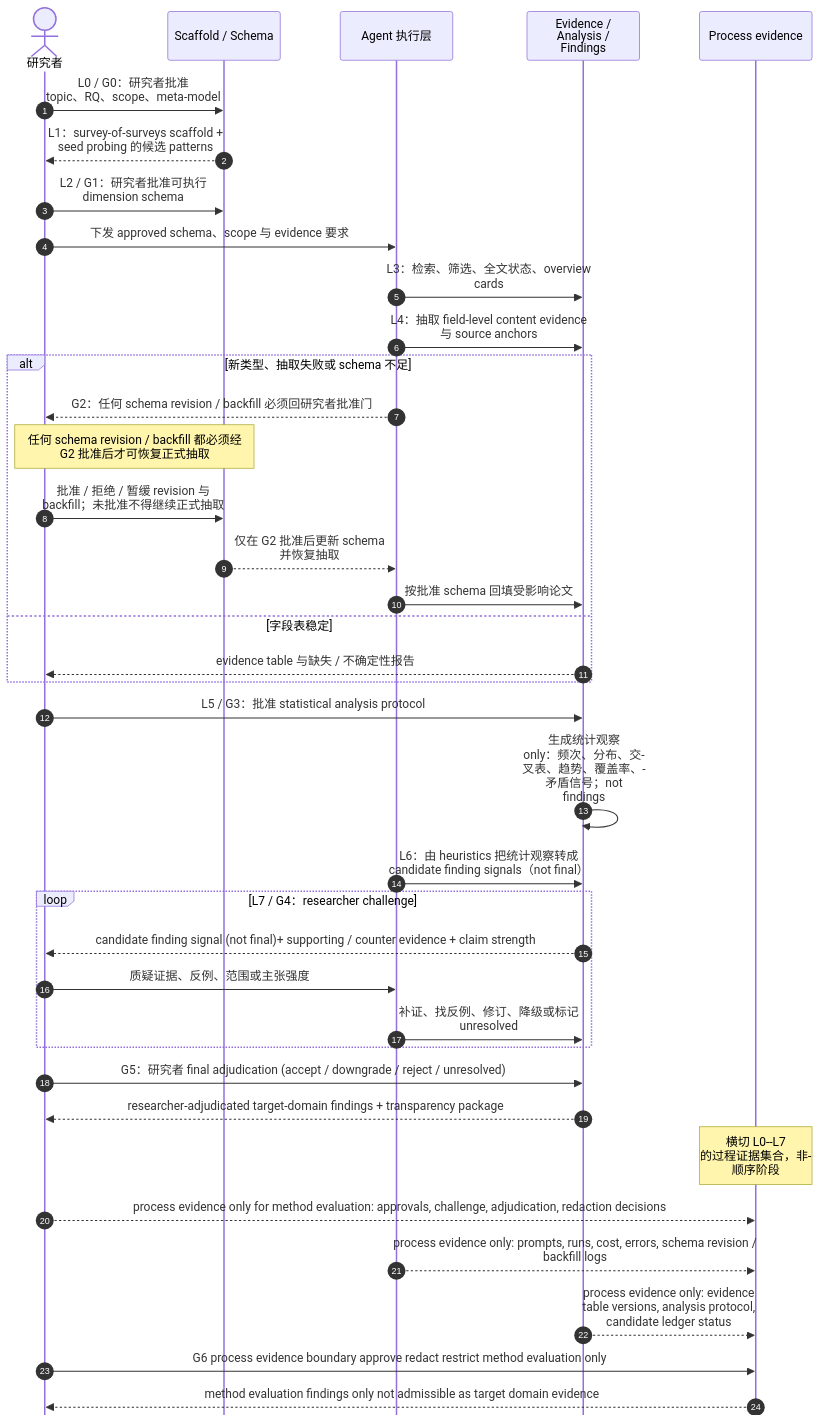
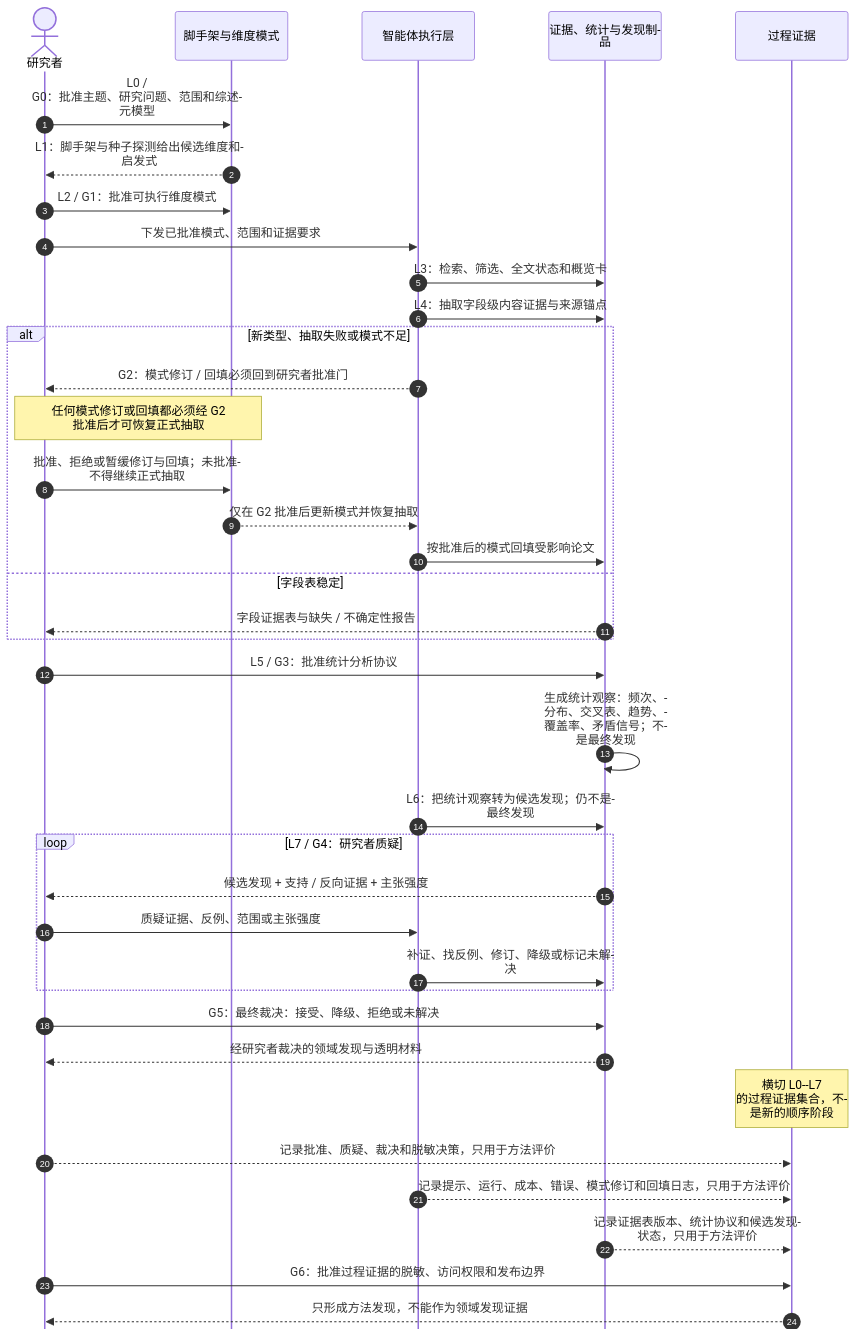
One commit to HansBug/research_ideas changed the second of 2 diagrams in project_1_llm_state_machine_modeling/paper_agent_based_slr/story/paper_story.md. Above: the diagram before and after it, drawn with Mermaid. The commit also changed other lines of this file and 9 other files, not shown here.

First line of the commit message:
docs(paper2): 中文化S0术语并补强方法图

````diff
--- a/project_1_llm_state_machine_modeling/paper_agent_based_slr/story/paper_story.md
+++ b/project_1_llm_state_machine_modeling/paper_agent_based_slr/story/paper_story.md
@@ -56,47 +122,47 @@
 ```mermaid
 %%{init: {"sequence": {"mirrorActors": false, "wrap": true, "width": 150, "actorMargin": 80, "messageMargin": 45, "noteMargin": 10}}}%%
 sequenceDiagram
   autonumber
   actor R as 研究者
-  participant S as Scaffold / Schema
-  participant A as Agent 执行层
-  participant E as Evidence / Analysis / Findings
-  participant P as Process evidence
+  participant S as 脚手架与维度模式
+  participant A as 智能体执行层
+  participant E as 证据、统计与发现制品
+  participant P as 过程证据
 
-  R->>S: L0 / G0：研究者批准 topic、RQ、scope、meta-model
-  S-->>R: L1：survey-of-surveys scaffold + seed probing 的候选 patterns
-  R->>S: L2 / G1：研究者批准可执行 dimension schema
-  R->>A: 下发 approved schema、scope 与 evidence 要求
-  A->>E: L3：检索、筛选、全文状态、overview cards
-  A->>E: L4：抽取 field-level content evidence 与 source anchors
+  R->>S: L0 / G0：批准主题、研究问题、范围和综述元模型
+  S-->>R: L1：脚手架与种子探测给出候选维度和启发式
+  R->>S: L2 / G1：批准可执行维度模式
+  R->>A: 下发已批准模式、范围和证据要求
+  A->>E: L3：检索、筛选、全文状态和概览卡
+  A->>E: L4：抽取字段级内容证据与来源锚点
 
-  alt 新类型、抽取失败或 schema 不足
-    A-->>R: G2：任何 schema revision / backfill 必须回研究者批准门
-    Note over R,S: 任何 schema revision / backfill 都必须经 G2 批准后才可恢复正式抽取
-    R->>S: 批准 / 拒绝 / 暂缓 revision 与 backfill；未批准不得继续正式抽取
-    S-->>A: 仅在 G2 批准后更新 schema 并恢复抽取
-    A->>E: 按批准 schema 回填受影响论文
+  alt 新类型、抽取失败或模式不足
+    A-->>R: G2：模式修订 / 回填必须回到研究者批准门
+    Note over R,S: 任何模式修订或回填都必须经 G2 批准后才可恢复正式抽取
+    R->>S: 批准、拒绝或暂缓修订与回填；未批准不得继续正式抽取
+    S-->>A: 仅在 G2 批准后更新模式并恢复抽取
+    A->>E: 按批准后的模式回填受影响论文
   else 字段表稳定
-    E-->>R: evidence table 与缺失 / 不确定性报告
+    E-->>R: 字段证据表与缺失 / 不确定性报告
   end
 
-  R->>E: L5 / G3：批准 statistical analysis protocol
-  E->>E: 生成统计观察 only：频次、分布、交叉表、趋势、覆盖率、矛盾信号；not findings
-  A->>E: L6：由 heuristics 把统计观察转成 candidate finding signals（not final）
+  R->>E: L5 / G3：批准统计分析协议
+  E->>E: 生成统计观察：频次、分布、交叉表、趋势、覆盖率、矛盾信号；不是最终发现
+  A->>E: L6：把统计观察转为候选发现；仍不是最终发现
 
-  loop L7 / G4：researcher challenge
-    E-->>R: candidate finding signal (not final)+ supporting / counter evidence + claim strength
+  loop L7 / G4：研究者质疑
+    E-->>R: 候选发现 + 支持 / 反向证据 + 主张强度
     R->>A: 质疑证据、反例、范围或主张强度
-    A->>E: 补证、找反例、修订、降级或标记 unresolved
+    A->>E: 补证、找反例、修订、降级或标记未解决
   end
 
-  R->>E: G5：研究者 final adjudication (accept / downgrade / reject / unresolved)
-  E-->>R: researcher-adjudicated target-domain findings + transparency package
+  R->>E: G5：最终裁决：接受、降级、拒绝或未解决
+  E-->>R: 经研究者裁决的领域发现与透明材料
 
-  Note over P: 横切 L0--L7 的过程证据集合，非顺序阶段
-  R-->>P: process evidence only for method evaluation: approvals, challenge, adjudication, redaction decisions
-  A-->>P: process evidence only: prompts, runs, cost, errors, schema revision / backfill logs
-  E-->>P: process evidence only: evidence table versions, analysis protocol, candidate ledger status
-  R->>P: G6 process evidence boundary approve redact restrict method evaluation only
-  P-->>R: method evaluation findings only not admissible as target domain evidence
+  Note over P: 横切 L0--L7 的过程证据集合，不是新的顺序阶段
+  R-->>P: 记录批准、质疑、裁决和脱敏决策，只用于方法评价
+  A-->>P: 记录提示、运行、成本、错误、模式修订和回填日志，只用于方法评价
+  E-->>P: 记录证据表版本、统计协议和候选发现状态，只用于方法评价
+  R->>P: G6：批准过程证据的脱敏、访问权限和发布边界
+  P-->>R: 只形成方法发现，不能作为领域发现证据
 ```
````
